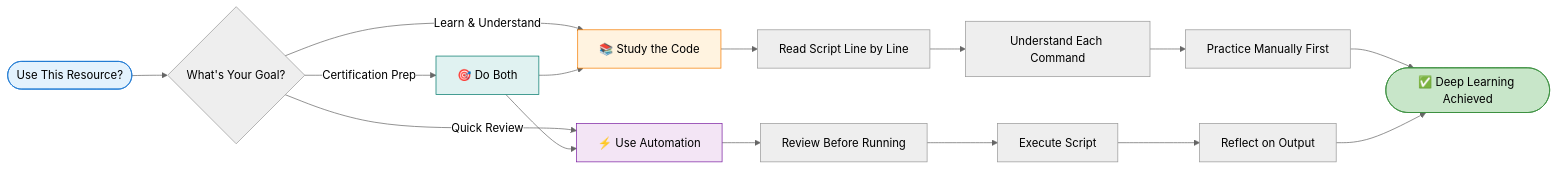
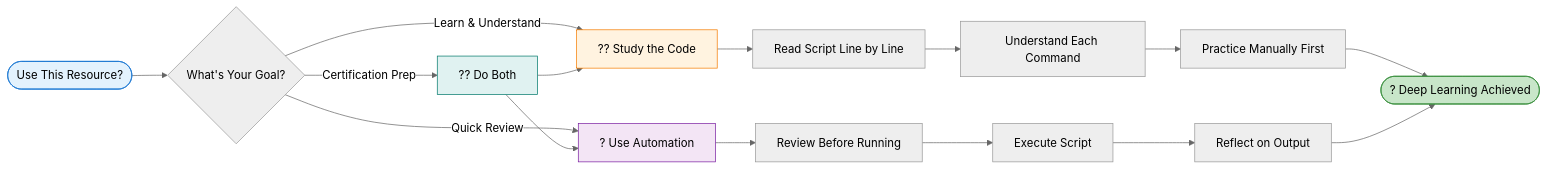
One commit to theeccentriccoder01/Google-Arcade-Labs-EduLinkUp changed the second of 3 diagrams in API Gateway- Qwik Start/EduLinkUp.md. Above: the diagram before and after it, drawn with Mermaid (neutral theme). The commit also changed other lines of this file and 247 other files, not shown here.

````diff
--- a/API Gateway- Qwik Start/EduLinkUp.md
+++ b/API Gateway- Qwik Start/EduLinkUp.md
@@ -71,27 +71,27 @@
 ```mermaid
 graph LR
     Start([Use This Resource?]) --> Question{What's Your Goal?}
-    Question -->|Learn & Understand| Manual[📚 Study the Code]
-    Question -->|Quick Review| Auto[⚡ Use Automation]
-    Question -->|Certification Prep| Both[🎯 Do Both]
+    Question -->|Learn & Understand| Manual[?? Study the Code]
+    Question -->|Quick Review| Auto[? Use Automation]
+    Question -->|Certification Prep| Both[?? Do Both]
     
     Manual --> Read[Read Script Line by Line]
     Read --> Understand[Understand Each Command]
     Understand --> Practice[Practice Manually First]
     
     Auto --> Review[Review Before Running]
     Review --> Execute[Execute Script]
     Execute --> Reflect[Reflect on Output]
     
     Both --> Manual
     Both --> Auto
     
-    Practice --> Success([✅ Deep Learning Achieved])
+    Practice --> Success([? Deep Learning Achieved])
     Reflect --> Success
     
     style Start fill:#E3F2FD,stroke:#1976D2,color:#000
     style Success fill:#C8E6C9,stroke:#388E3C,color:#000
     style Manual fill:#FFF3E0,stroke:#F57C00,color:#000
     style Auto fill:#F3E5F5,stroke:#7B1FA2,color:#000
     style Both fill:#E0F2F1,stroke:#00796B,color:#000
 ```
````
